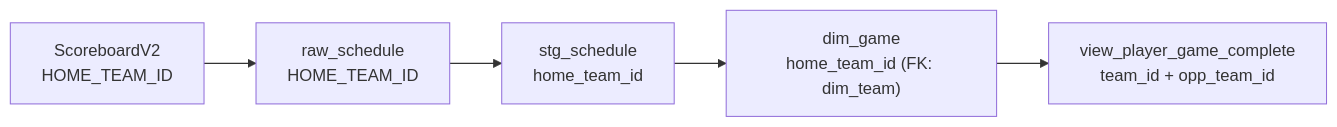
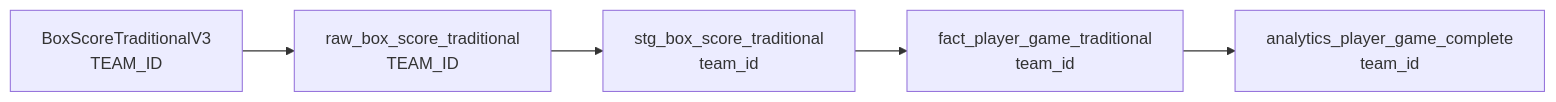
One commit to wyattowalsh/nbadb changed the eighth of 11 diagrams in docs/content/docs/lineage/column-lineage.mdx. Above: the diagram before and after it, drawn with Mermaid. The commit also changed other lines of this file and 318 other files, not shown here.

````diff
--- a/docs/content/docs/lineage/column-lineage.mdx
+++ b/docs/content/docs/lineage/column-lineage.mdx
@@ -121,7 +173,7 @@
 ```mermaid
 flowchart LR
-    A["ScoreboardV2\nHOME_TEAM_ID"] --> B["raw_schedule\nHOME_TEAM_ID"]
-    B --> C["stg_schedule\nhome_team_id"]
-    C --> D["dim_game\nhome_team_id (FK: dim_team)"]
-    D --> E["view_player_game_complete\nteam_id + opp_team_id"]
+    A["BoxScoreTraditionalV3\nTEAM_ID"] --> B["raw_box_score_traditional\nTEAM_ID"]
+    B --> C["stg_box_score_traditional\nteam_id"]
+    C --> D["fact_player_game_traditional\nteam_id"]
+    D --> E["analytics_player_game_complete\nteam_id"]
 ```
````
